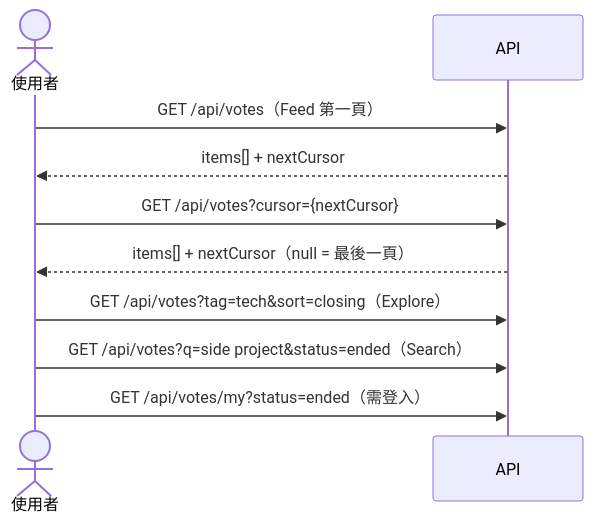
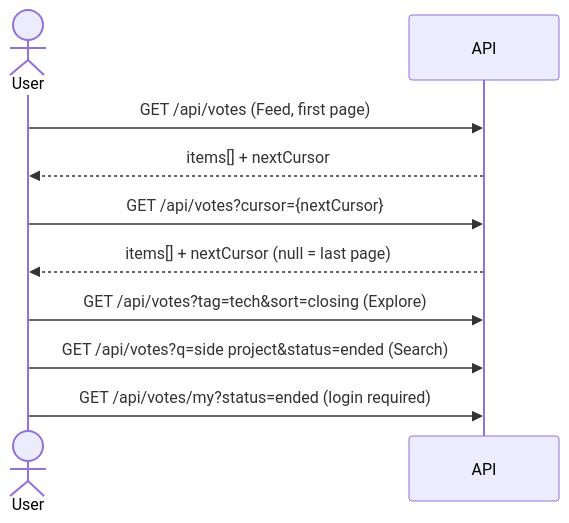
One commit to vomatt/vomatt-api changed the diagram in docs/frontend/flows/discovery.md. Above: the diagram before and after it, drawn with Mermaid. The commit also changed other lines of this file and 91 other files, not shown here.

````diff
--- a/docs/frontend/flows/discovery.md
+++ b/docs/frontend/flows/discovery.md
@@ -11,12 +11,12 @@
 ```mermaid
 sequenceDiagram
-    actor User as 使用者
+    actor User as User
     participant API
-    User->>API: GET /api/votes（Feed 第一頁）
+    User->>API: GET /api/votes (Feed, first page)
     API-->>User: items[] + nextCursor
     User->>API: GET /api/votes?cursor={nextCursor}
-    API-->>User: items[] + nextCursor（null = 最後一頁）
-    User->>API: GET /api/votes?tag=tech&sort=closing（Explore）
-    User->>API: GET /api/votes?q=side project&status=ended（Search）
-    User->>API: GET /api/votes/my?status=ended（需登入）
+    API-->>User: items[] + nextCursor (null = last page)
+    User->>API: GET /api/votes?tag=tech&sort=closing (Explore)
+    User->>API: GET /api/votes?q=side project&status=ended (Search)
+    User->>API: GET /api/votes/my?status=ended (login required)
 ```
````
